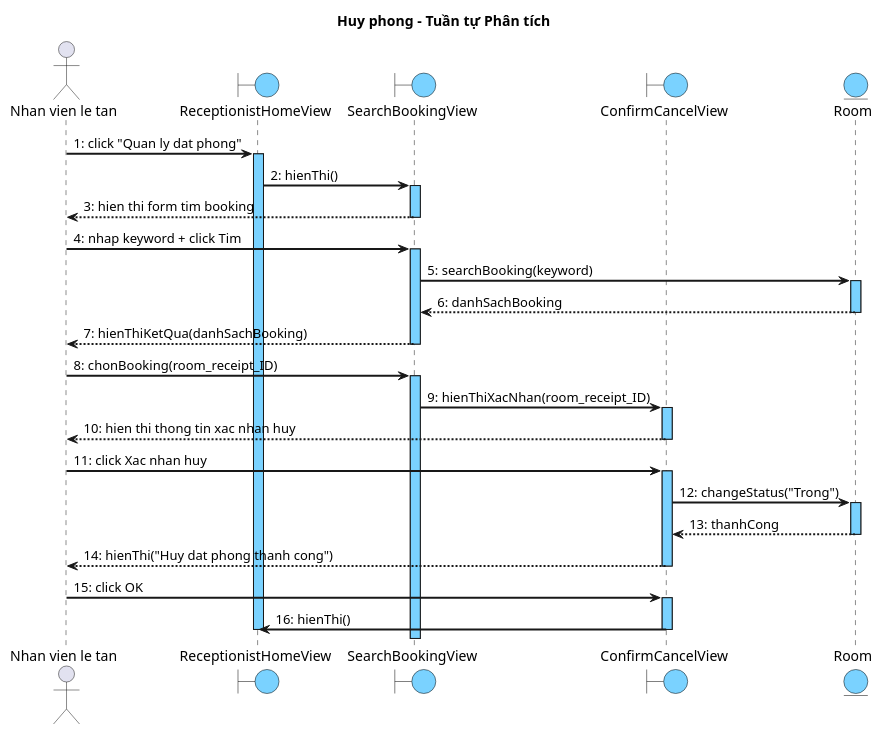
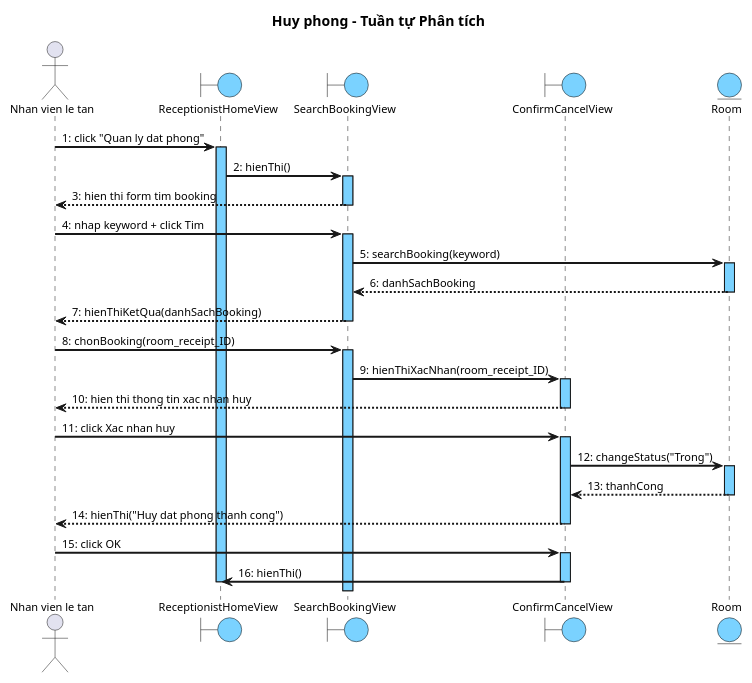
The sixth of 8 diagrams in docs/tabs/section-booking-ii.3-2.4.md (thanhtrnnn/cnpm), drawn with PlantUML before and after one commit. The commit also changed other lines of this file and 10 other files, not shown here.

First line of the commit message:
fix: heading hierarchy 4→4.1→a) b) c) + font size 11

````diff
--- a/docs/tabs/section-booking-ii.3-2.4.md
+++ b/docs/tabs/section-booking-ii.3-2.4.md
@@ -444,60 +448,62 @@
 ```plantuml
 @startuml
 skinparam shadowing false
+skinparam defaultFontSize 11
+skinparam defaultFontSize 11
 skinparam SequenceMessageAlign left
 skinparam SequenceArrowThickness 2
 skinparam SequenceLifeLineBackgroundColor #7AD2FF
 skinparam ParticipantBackgroundColor #7AD2FF
 skinparam ParticipantBorderColor black
 skinparam BoundaryBackgroundColor #7AD2FF
 skinparam BoundaryBorderColor black
 skinparam EntityBackgroundColor #7AD2FF
 skinparam EntityBorderColor black
 
 title Huy phong – Tuần tự Phân tích
 
 actor "Nhan vien le tan" as NV
 boundary "ReceptionistHomeView" as Home
 boundary "SearchBookingView" as SBV
 boundary "ConfirmCancelView" as CCV
 entity "Room" as Room
 
 NV -> Home : 1: click "Quan ly dat phong"
 activate Home
 Home -> SBV : 2: hienThi()
 activate SBV
 SBV --> NV : 3: hien thi form tim booking
 deactivate SBV
 
 NV -> SBV : 4: nhap keyword + click Tim
 activate SBV
 SBV -> Room : 5: searchBooking(keyword)
 activate Room
 Room --> SBV : 6: danhSachBooking
 deactivate Room
 SBV --> NV : 7: hienThiKetQua(danhSachBooking)
 deactivate SBV
 
 NV -> SBV : 8: chonBooking(room_receipt_ID)
 activate SBV
 SBV -> CCV : 9: hienThiXacNhan(room_receipt_ID)
 activate CCV
 CCV --> NV : 10: hien thi thong tin xac nhan huy
 deactivate CCV
 
 NV -> CCV : 11: click Xac nhan huy
 activate CCV
 CCV -> Room : 12: changeStatus("Trong")
 activate Room
 Room --> CCV : 13: thanhCong
 deactivate Room
 CCV --> NV : 14: hienThi("Huy dat phong thanh cong")
 deactivate CCV
 
 NV -> CCV : 15: click OK
 activate CCV
 CCV -> Home : 16: hienThi()
 deactivate CCV
 deactivate Home
 @enduml
 ```
````
